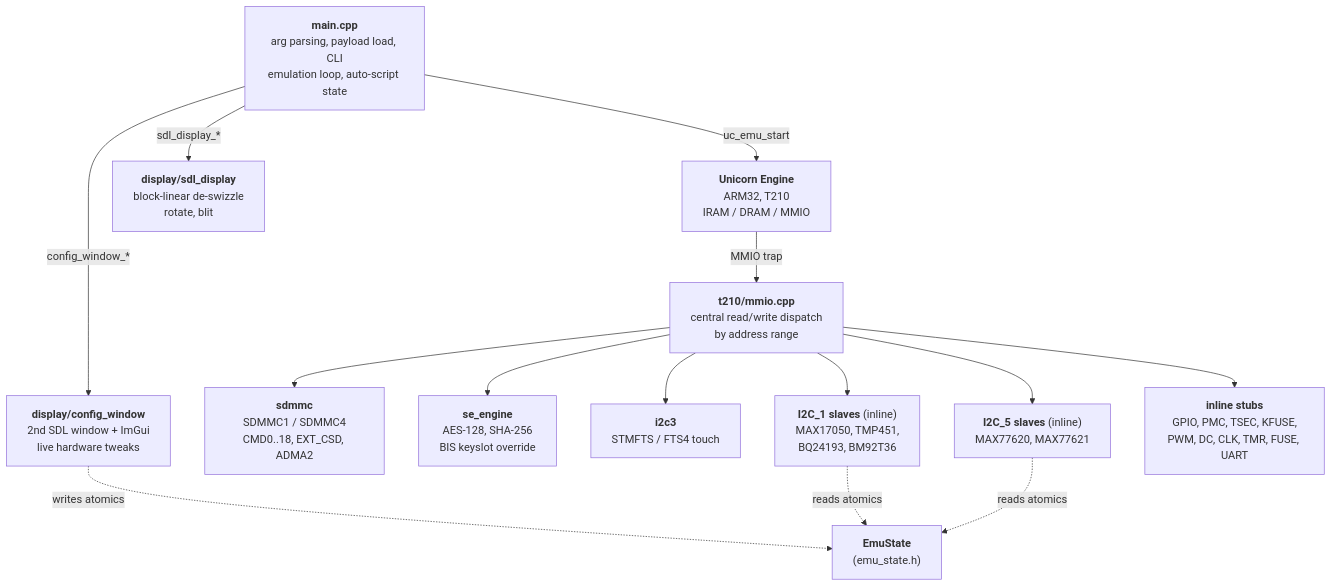
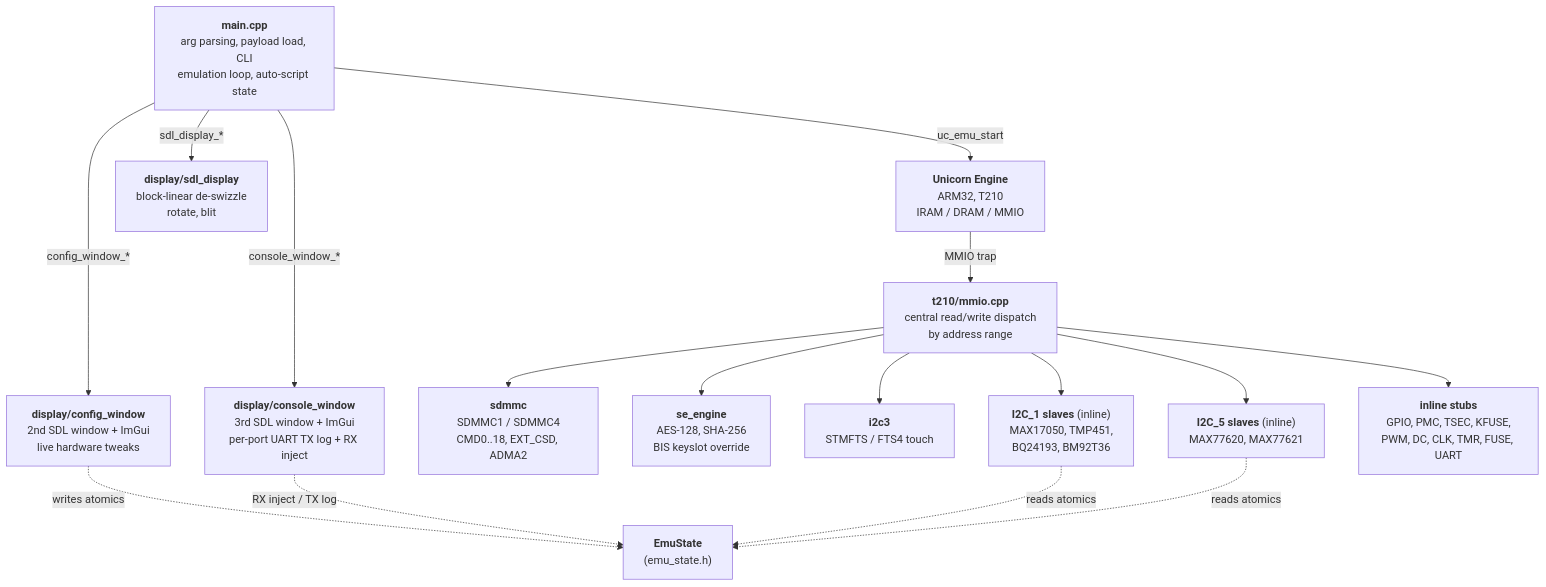
The diagram in DESIGN.md (Creased/RCM-Emulator), drawn with Mermaid before and after one commit. The commit also changed other lines of this file and 1 other file, not shown here.

Commit message:
Document UART console, power-action hooks, MMIO mirror

````diff
--- a/DESIGN.md
+++ b/DESIGN.md
@@ -9,21 +9,23 @@
 ```mermaid
 flowchart TB
     main["<b>main.cpp</b><br/>arg parsing, payload load, CLI<br/>emulation loop, auto-script state"]
 
     main -->|uc_emu_start| uc["<b>Unicorn Engine</b><br/>ARM32, T210<br/>IRAM / DRAM / MMIO"]
     main -->|sdl_display_*| sdl["<b>display/sdl_display</b><br/>block-linear de-swizzle<br/>rotate, blit"]
     main -->|config_window_*| cfg["<b>display/config_window</b><br/>2nd SDL window + ImGui<br/>live hardware tweaks"]
+    main -->|console_window_*| con["<b>display/console_window</b><br/>3rd SDL window + ImGui<br/>per-port UART TX log + RX inject"]
 
     uc -->|MMIO trap| mmio["<b>t210/mmio.cpp</b><br/>central read/write dispatch<br/>by address range"]
 
     mmio --> sdmmc["<b>sdmmc</b><br/>SDMMC1 / SDMMC4<br/>CMD0..18, EXT_CSD, ADMA2"]
     mmio --> se["<b>se_engine</b><br/>AES-128, SHA-256<br/>BIS keyslot override"]
     mmio --> i2c["<b>i2c3</b><br/>STMFTS / FTS4 touch"]
     mmio --> i2c1["<b>I2C_1 slaves</b> (inline)<br/>MAX17050, TMP451,<br/>BQ24193, BM92T36"]
     mmio --> i2c5["<b>I2C_5 slaves</b> (inline)<br/>MAX77620, MAX77621"]
     mmio --> stubs["<b>inline stubs</b><br/>GPIO, PMC, TSEC, KFUSE,<br/>PWM, DC, CLK, TMR, FUSE, UART"]
 
     cfg -.->|writes atomics| state["<b>EmuState</b><br/>(emu_state.h)"]
+    con -.->|RX inject / TX log| state
     i2c1 -.->|reads atomics| state
     i2c5 -.->|reads atomics| state
 ```
````
